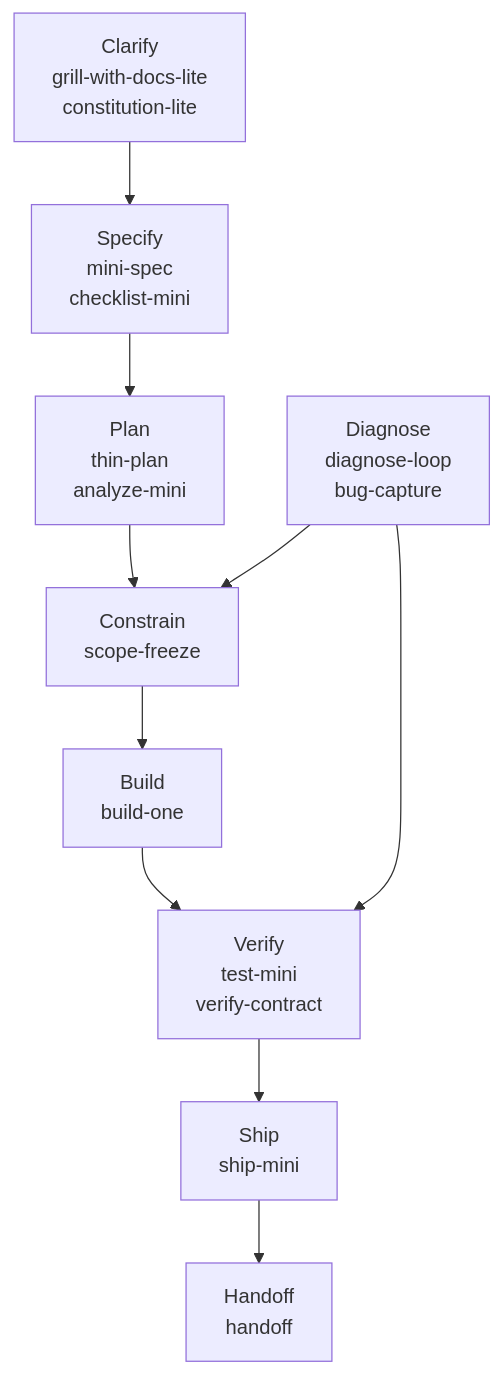
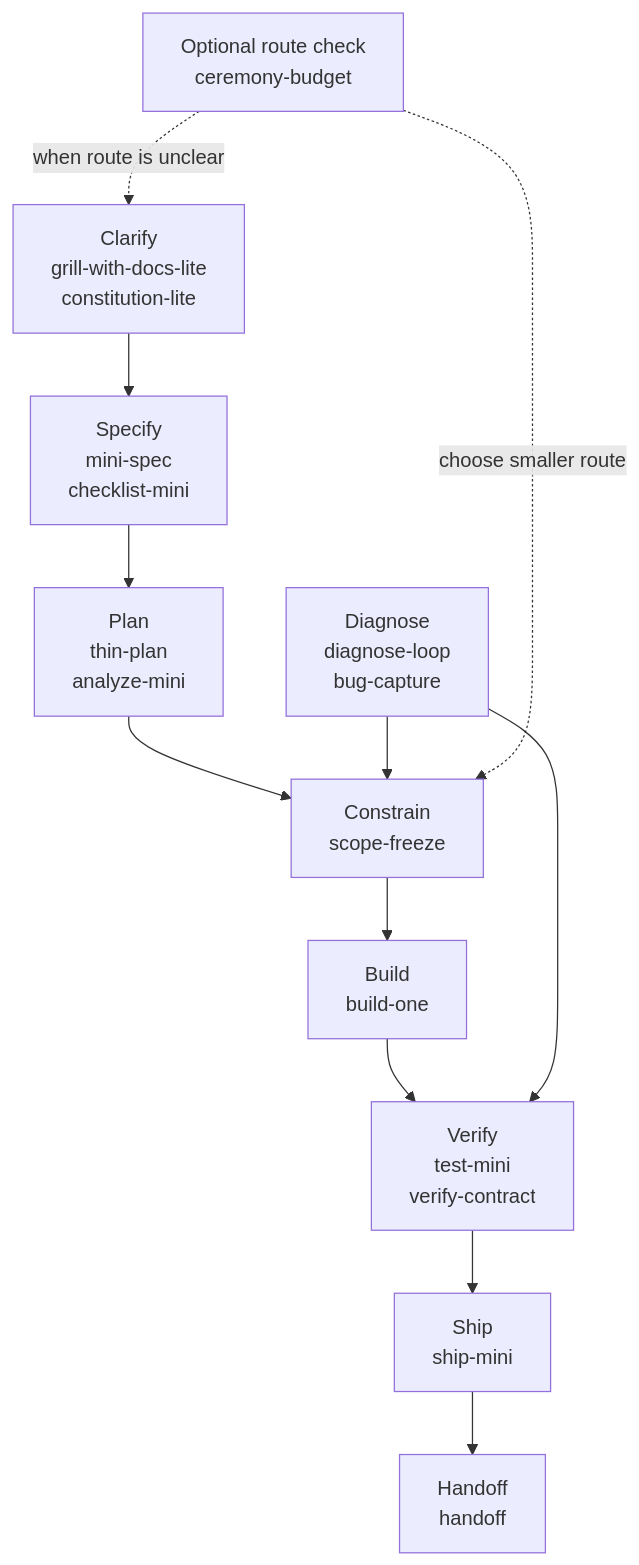
One commit to tmusser/ai-engineering-skills changed the first of 2 diagrams in docs/skill-map.md. Above: the diagram before and after it, drawn with Mermaid. The commit also changed other lines of this file and 8 other files, not shown here.

First line of the commit message:
Add ceremony-budget routing skill (#4)

````diff
--- a/docs/skill-map.md
+++ b/docs/skill-map.md
@@ -7,12 +7,14 @@
 ```mermaid
 flowchart TD
   A["Clarify<br/>grill-with-docs-lite<br/>constitution-lite"] --> B["Specify<br/>mini-spec<br/>checklist-mini"]
   B --> C["Plan<br/>thin-plan<br/>analyze-mini"]
   C --> D["Constrain<br/>scope-freeze"]
   D --> E["Build<br/>build-one"]
   E --> F["Verify<br/>test-mini<br/>verify-contract"]
   F --> G["Ship<br/>ship-mini"]
   G --> H["Handoff<br/>handoff"]
   I["Diagnose<br/>diagnose-loop<br/>bug-capture"] --> D
   I --> F
+  J["Optional route check<br/>ceremony-budget"] -. "when route is unclear" .-> A
+  J -. "choose smaller route" .-> D
 ```
````
